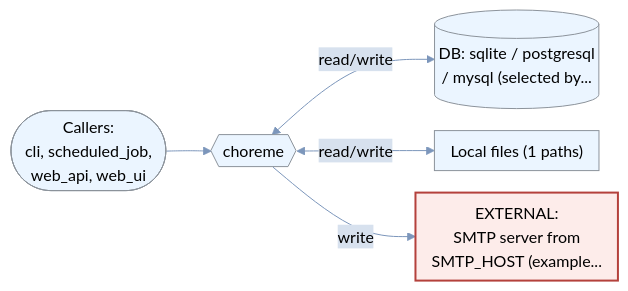
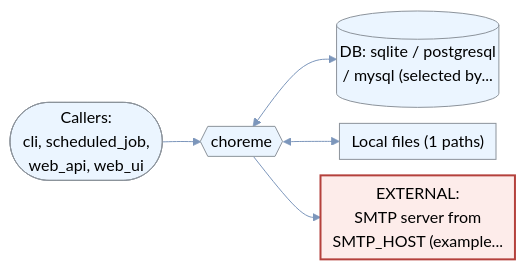
Before and after one commit to johnzastrow/Roux7375Testresults: the eighth of 42 diagrams in outputs/johnzastrow_Summary.md, drawn with Mermaid. The commit also changed other lines of this file, not shown here.

First line of the commit message:
Enlarge data flow diagram text for letter-size printing

````diff
--- a/outputs/johnzastrow_Summary.md
+++ b/outputs/johnzastrow_Summary.md
@@ -751,14 +751,14 @@
 ```mermaid
-%%{init: {"theme":"base","flowchart":{"useMaxWidth":true,"nodeSpacing":22,"rankSpacing":45,"padding":8},"themeVariables":{"background":"#ffffff","primaryColor":"#ebf5ff","primaryTextColor":"#000000","primaryBorderColor":"#8c939b","lineColor":"#7c96bb","secondaryColor":"#d7e1ee","tertiaryColor":"#c3d2e5","fontFamily":"\"Inter\", \"Noto Sans SC\", sans-serif","fontSize":"14","pie1":"#b4413c","pie2":"#d9893b","pie3":"#7c96bb","pie4":"#73A78D","pie5":"#CB9B7A","pie6":"#6B8CAE","pie7":"#c3d2e5","pie8":"#8c939b"}}}%%
+%%{init: {"theme":"base","flowchart":{"useMaxWidth":true,"nodeSpacing":16,"rankSpacing":38,"padding":6},"themeVariables":{"background":"#ffffff","primaryColor":"#ebf5ff","primaryTextColor":"#000000","primaryBorderColor":"#8c939b","lineColor":"#7c96bb","secondaryColor":"#d7e1ee","tertiaryColor":"#c3d2e5","fontFamily":"\"Inter\", \"Noto Sans SC\", sans-serif","fontSize":"17","pie1":"#b4413c","pie2":"#d9893b","pie3":"#7c96bb","pie4":"#73A78D","pie5":"#CB9B7A","pie6":"#6B8CAE","pie7":"#c3d2e5","pie8":"#8c939b"}}}%%
 flowchart LR
     APP{{"choreme"}}
     U(["Callers:<br>cli, scheduled_job,<br>web_api, web_ui"]) --> APP
     D1[("DB: sqlite / postgresql<br>/ mysql (selected by...")]
-    APP <-->|read/write| D1
+    APP <--> D1
     F2["Local files (1 paths)"]
-    APP <-->|read/write| F2
+    APP <--> F2
     E3["EXTERNAL:<br>SMTP server from<br>SMTP_HOST (example..."]
-    APP -->|write| E3
+    APP --> E3
     class E3 ext
     classDef ext fill:#fdecea,stroke:#b4413c,stroke-width:2px,color:#000000
 ```
````
